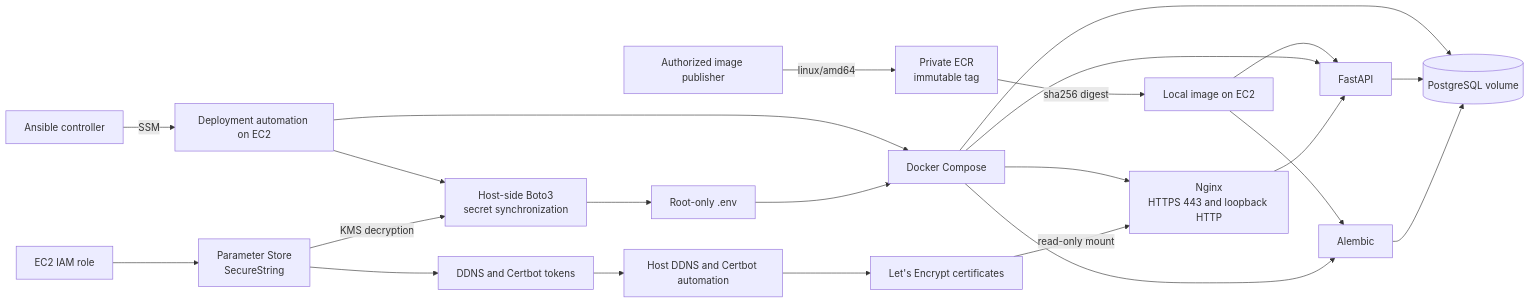
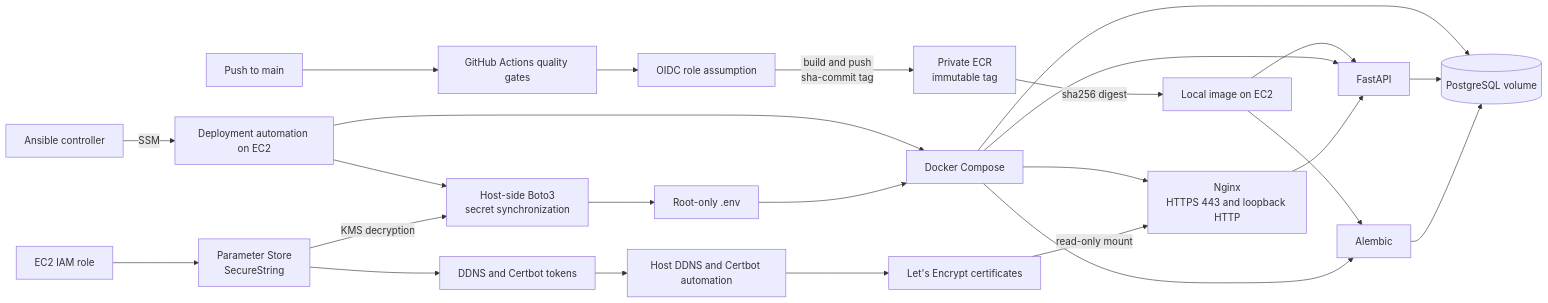
The fifth of 5 diagrams in docs/architecture.md (Orlando-Alvarez/Ticket-API), drawn with Mermaid before and after one commit. The commit also changed other lines of this file and 8 other files, not shown here.

````diff
--- a/docs/architecture.md
+++ b/docs/architecture.md
@@ -216,25 +247,27 @@
 ```mermaid
 flowchart LR
-    Publisher[Authorized image publisher] -->|linux/amd64| ECR[Private ECR<br/>immutable tag]
+    Change[Push to main] --> CI[GitHub Actions quality gates]
+    CI --> OIDC[OIDC role assumption]
+    OIDC -->|build and push<br/>sha-commit tag| ECR[Private ECR<br/>immutable tag]
     ECR -->|sha256 digest| Image[Local image on EC2]
     Ansible[Ansible controller] -->|SSM| Deploy[Deployment automation on EC2]
     Deploy --> Sync[Host-side Boto3<br/>secret synchronization]
     Role[EC2 IAM role] --> Parameters[Parameter Store<br/>SecureString]
     Parameters -->|KMS decryption| Sync
     Sync --> Env[Root-only .env]
     Parameters --> CloudTokens[DDNS and Certbot tokens]
     CloudTokens --> TLS[Host DDNS and Certbot automation]
     TLS --> Certs[Let's Encrypt certificates]
     Image --> API[FastAPI]
     Image --> Migrate[Alembic]
     Deploy --> Compose[Docker Compose]
     Env --> Compose
     Compose --> Nginx[Nginx<br/>HTTPS 443 and loopback HTTP]
     Certs -->|read-only mount| Nginx
     Compose --> API
     Compose --> Migrate
     Compose --> DB[(PostgreSQL volume)]
     Nginx --> API
     API --> DB
     Migrate --> DB
 ```
````
